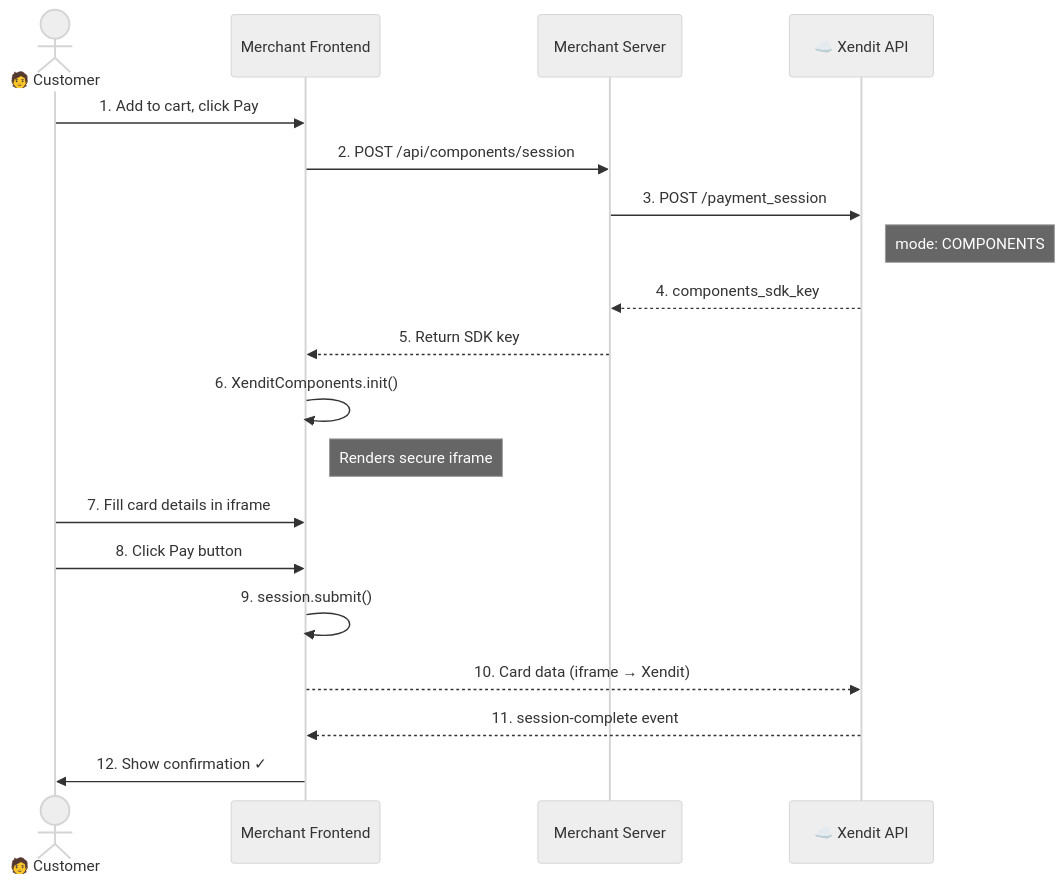
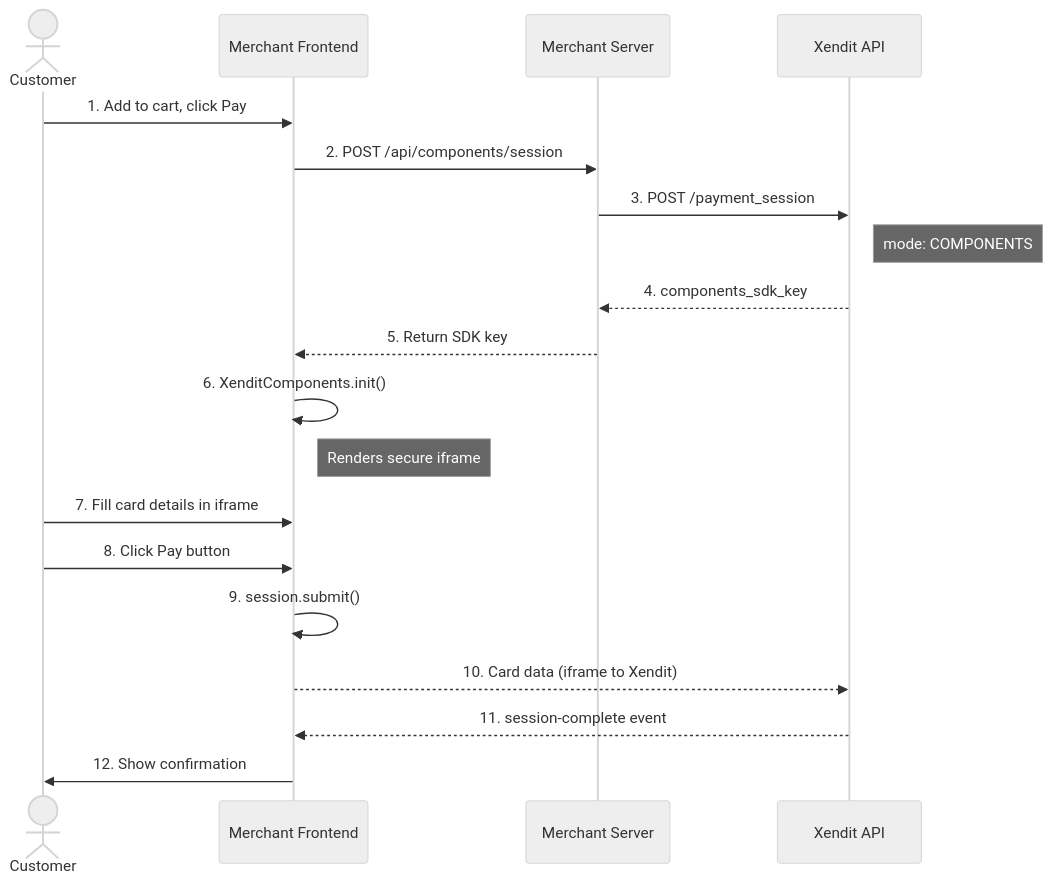
Before and after one commit to sabiqovsky/clm-components-guide: the diagram in content/04-components-e2e.md, drawn with Mermaid (neutral theme). The commit also changed 9 other files, not shown here.

First line of the commit message:
fix: WCAG-compliant Mermaid diagrams, no dark backgrounds

````diff
--- a/content/04-components-e2e.md
+++ b/content/04-components-e2e.md
@@ -5,22 +5,22 @@
 ```mermaid
 sequenceDiagram
-    actor Customer as 🧑 Customer
+    actor Customer
     participant Store as Merchant Frontend
     participant Server as Merchant Server
-    participant Xendit as ☁️ Xendit API
+    participant Xendit as Xendit API
 
     Customer->>Store: 1. Add to cart, click Pay
     Store->>Server: 2. POST /api/components/session
     Server->>Xendit: 3. POST /payment_session
     Note right of Xendit: mode: COMPONENTS
     Xendit-->>Server: 4. components_sdk_key
     Server-->>Store: 5. Return SDK key
     Store->>Store: 6. XenditComponents.init()
     Note right of Store: Renders secure iframe
     Customer->>Store: 7. Fill card details in iframe
     Customer->>Store: 8. Click Pay button
     Store->>Store: 9. session.submit()
-    Store-->>Xendit: 10. Card data (iframe → Xendit)
+    Store-->>Xendit: 10. Card data (iframe to Xendit)
     Xendit-->>Store: 11. session-complete event
-    Store->>Customer: 12. Show confirmation ✓
+    Store->>Customer: 12. Show confirmation
 ```
````
